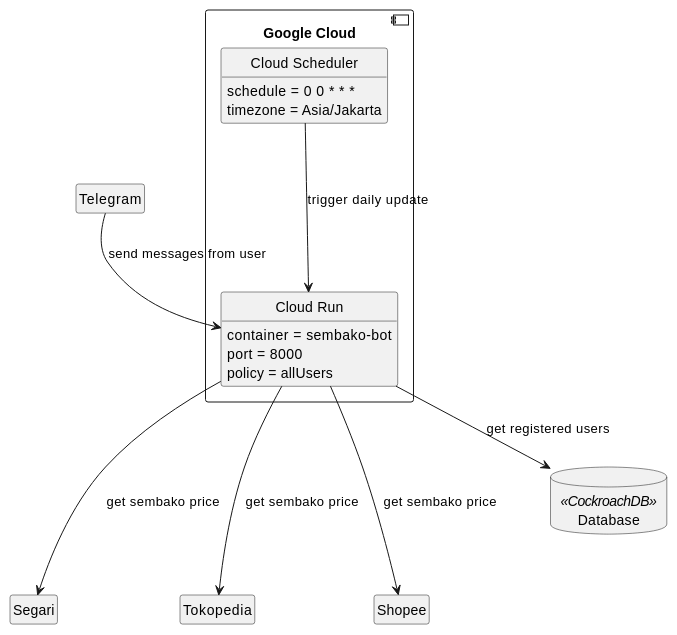
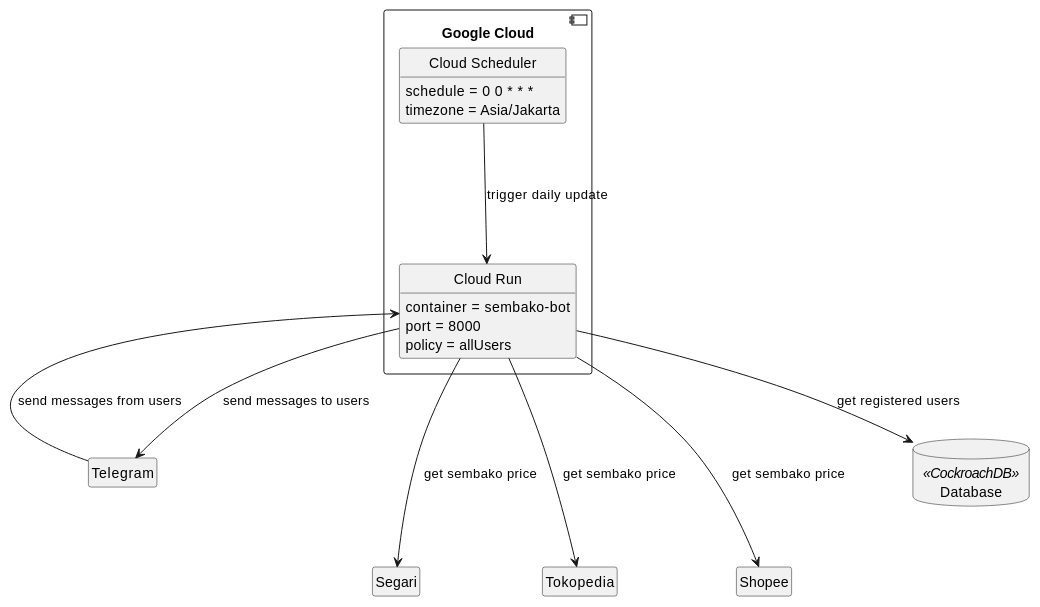
Before and after one commit to iamdejan/sembako-bot: the diagram in diagrams/high-level-architecture.md, drawn with PlantUML.

Commit message:
Update diagram

````diff
--- a/diagrams/high-level-architecture.md
+++ b/diagrams/high-level-architecture.md
@@ -1,40 +1,41 @@
 ```plantuml
 
 @startuml
 
 skinparam shadowing false
 hide empty fields
 hide empty methods
 hide circle
 allowmixing
 
 class Telegram
 class Segari
 class Tokopedia
 class Shopee
 database "Database" <<CockroachDB>> as db
 
 component "Google Cloud" {
 
     class "Cloud Run" as cr {
         container = sembako-bot
         port = 8000
         policy = allUsers
     }
 
     class "Cloud Scheduler" as cs {
         schedule = 0 0 * * *
         timezone = Asia/Jakarta
     }
 
-    Telegram --> cr: send messages from user
+    Telegram --> cr: send messages from users
+    cr --> Telegram: send messages to users
     cs ---> cr: trigger daily update
     cr --> db: get registered users
     cr ---> Segari: get sembako price
     cr ---> Tokopedia: get sembako price
     cr ---> Shopee: get sembako price
 }
 
 @enduml
 
 ```
````
